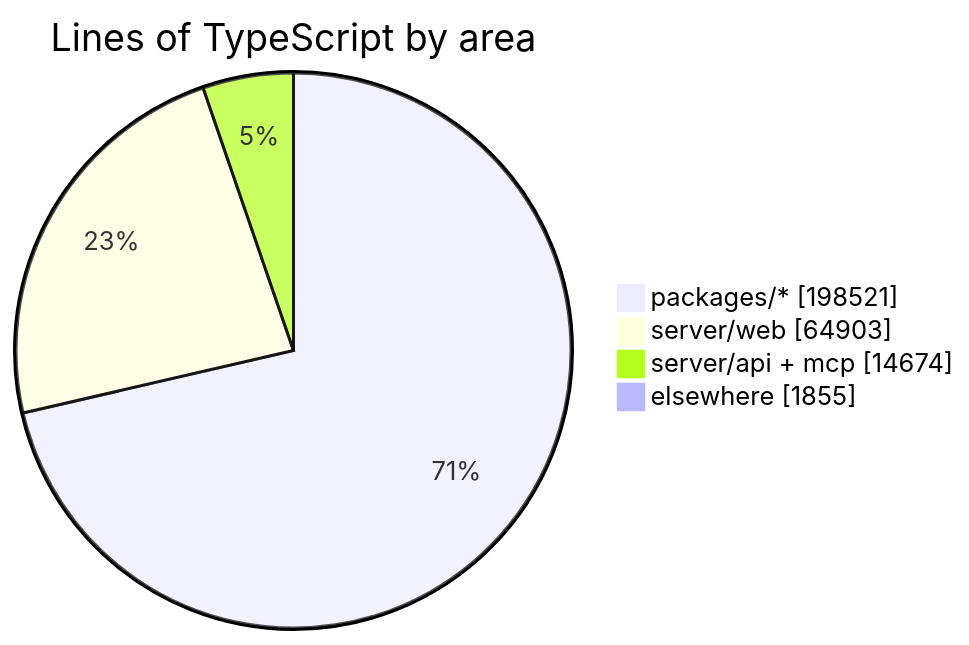
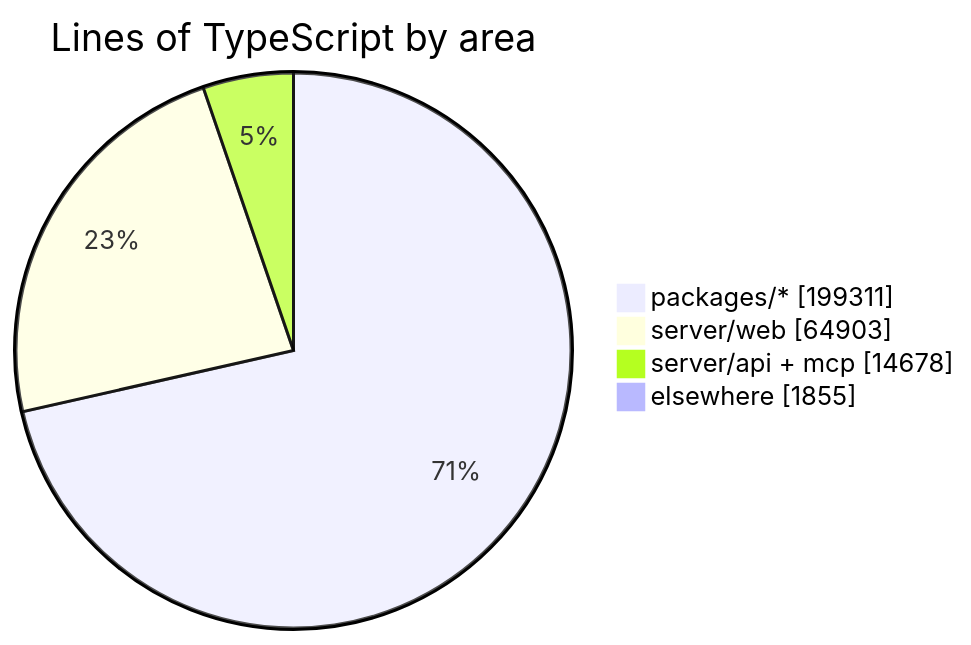
Before and after one commit to crossworks-engineering/mantle: the diagram in README.md, drawn with Mermaid. The commit also changed other lines of this file and 2 other files, not shown here.

````diff
--- a/README.md
+++ b/README.md
@@ -287,7 +287,7 @@
 ```mermaid
 pie showData title Lines of TypeScript by area
-    "packages/*" : 198521
+    "packages/*" : 199311
     "server/web" : 64903
-    "server/api + mcp" : 14674
+    "server/api + mcp" : 14678
     "elsewhere" : 1855
 ```
````
